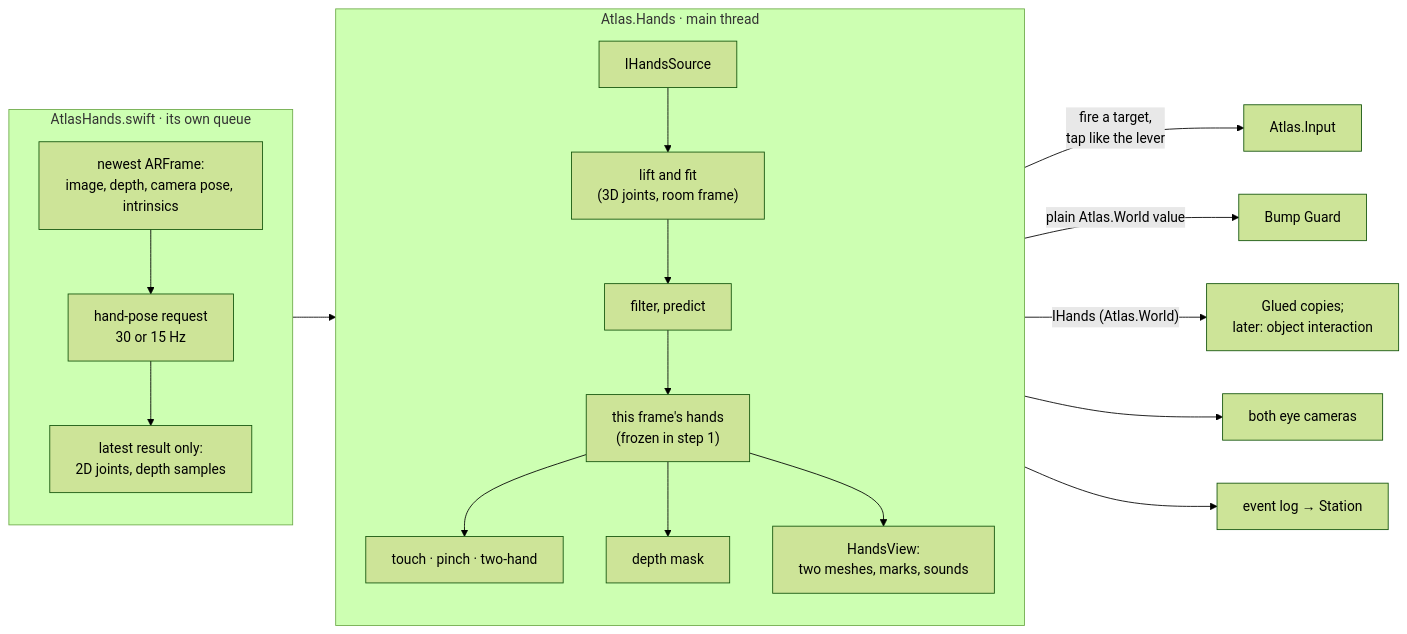
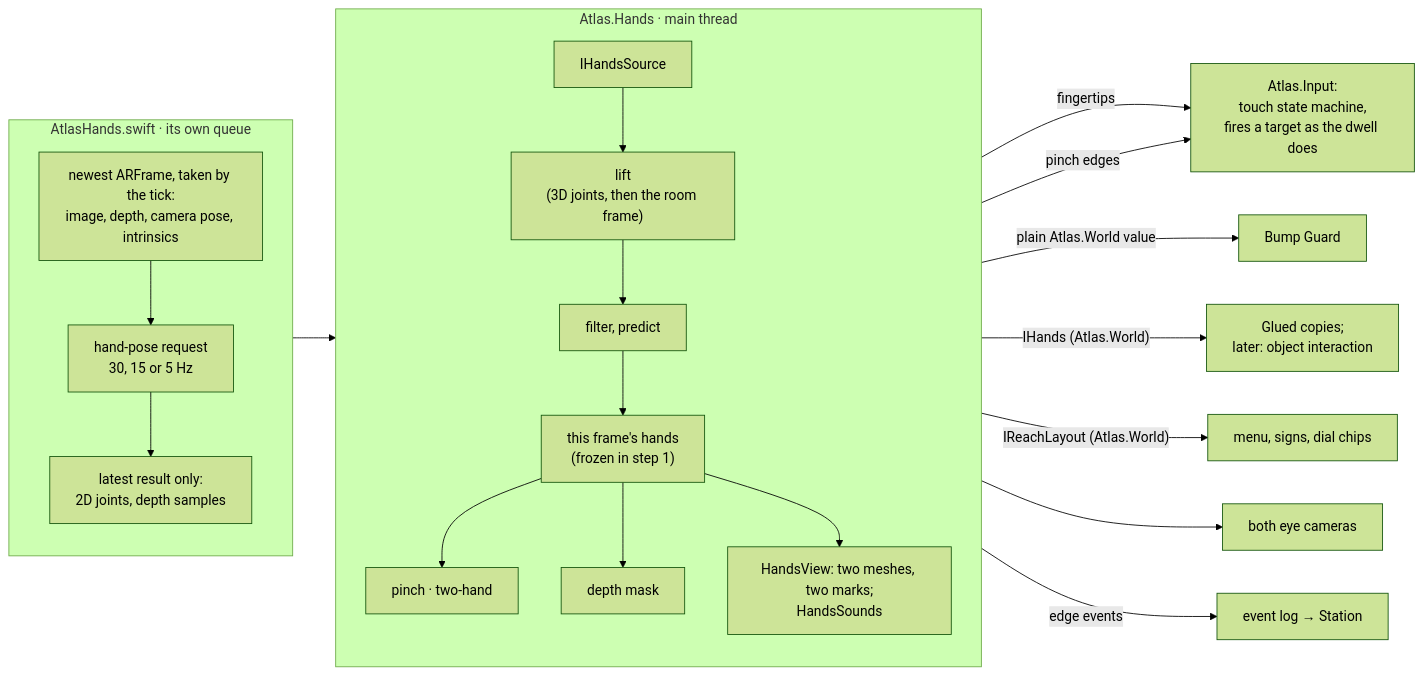
Before and after one commit to notwinston/Atlas_NVP_Blueberries_Stormhacks2026: the first of 2 diagrams in documents/ATLAS_Hands_Design.md, drawn with Mermaid (forest theme). The commit also changed other lines of this file, not shown here.

First line of the commit message:
Bring the hands design up to what was built on tracked-hands

````diff
--- a/documents/ATLAS_Hands_Design.md
+++ b/documents/ATLAS_Hands_Design.md
@@ -234,20 +267,22 @@
 ```mermaid
 flowchart LR
   subgraph NATIVE["AtlasHands.swift · its own queue"]
     direction TB
-    FR["newest ARFrame:<br/>image, depth, camera pose, intrinsics"] --> DET["hand-pose request<br/>30 or 15 Hz"] --> RES["latest result only:<br/>2D joints, depth samples"]
+    FR["newest ARFrame, taken by the tick:<br/>image, depth, camera pose, intrinsics"] --> DET["hand-pose request<br/>30, 15 or 5 Hz"] --> RES["latest result only:<br/>2D joints, depth samples"]
   end
   subgraph HANDS["Atlas.Hands · main thread"]
     direction TB
-    SRC["IHandsSource"] --> LIFT["lift and fit<br/>(3D joints, room frame)"] --> FILT["filter, predict"] --> SNAP["this frame's hands<br/>(frozen in step 1)"]
-    SNAP --> TOUCH["touch · pinch · two-hand"]
+    SRC["IHandsSource"] --> LIFT["lift<br/>(3D joints, then the room frame)"] --> FILT["filter, predict"] --> SNAP["this frame's hands<br/>(frozen in step 1)"]
+    SNAP --> GEST["pinch · two-hand"]
     SNAP --> MASK["depth mask"]
-    SNAP --> VIEW["HandsView:<br/>two meshes, marks, sounds"]
+    SNAP --> VIEW["HandsView: two meshes, two marks;<br/>HandsSounds"]
   end
   RES --> SRC
-  TOUCH -- "fire a target,<br/>tap like the lever" --> INPUT["Atlas.Input"]
+  SNAP -- "fingertips" --> INPUT["Atlas.Input:<br/>touch state machine,<br/>fires a target as the dwell does"]
+  GEST -- "pinch edges" --> INPUT
   MASK -- "plain Atlas.World value" --> BG["Bump Guard"]
   SNAP -- "IHands (Atlas.World)" --> GLUED["Glued copies;<br/>later: object interaction"]
+  SNAP -- "IReachLayout (Atlas.World)" --> PANELS["menu, signs, dial chips"]
   VIEW --> EYES["both eye cameras"]
-  TOUCH --> LOG["event log → Station"]
+  SNAP -- "edge events" --> LOG["event log → Station"]
 ```
````
